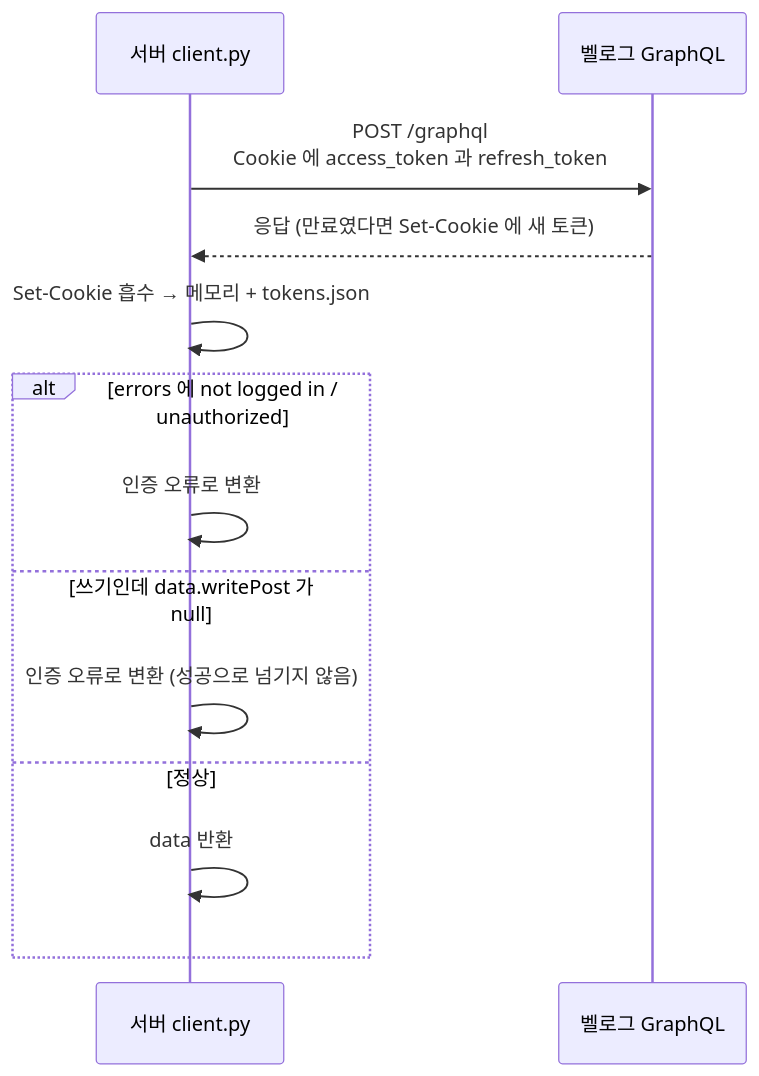
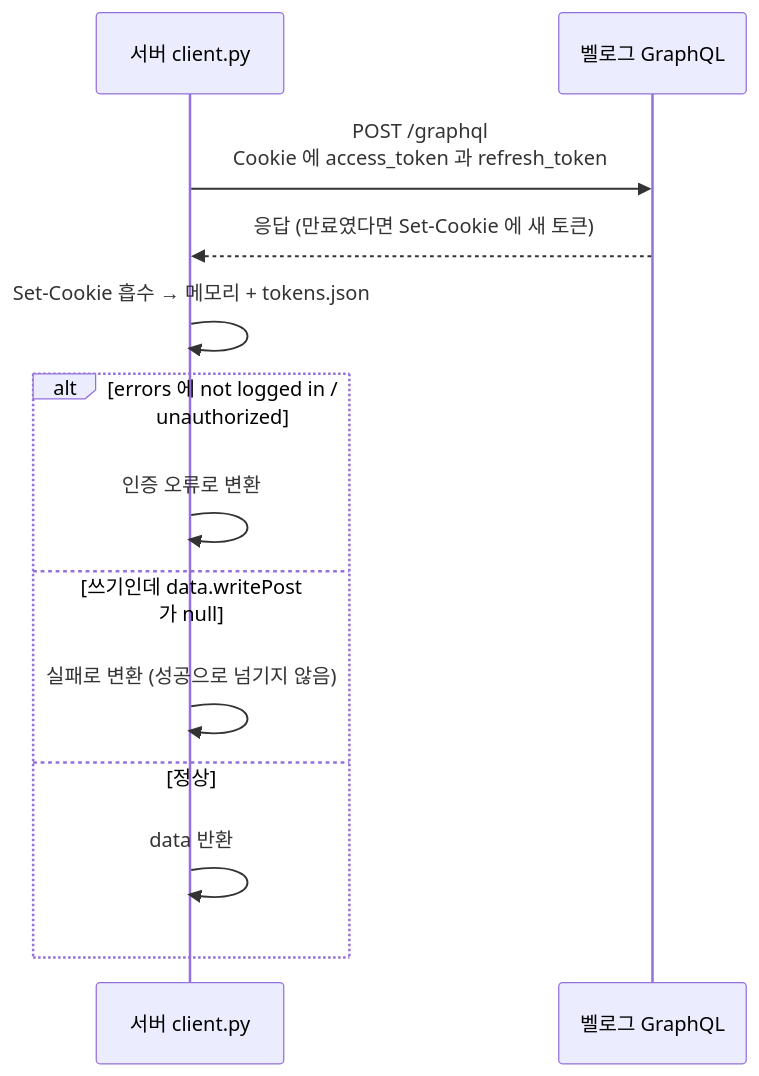
One commit to mrpumpkin98/velog-mcp changed the fourth of 6 diagrams in docs/how-it-works.md. Above: the diagram before and after it, drawn with Mermaid. The commit also changed other lines of this file and 1 other file, not shown here.

````diff
--- a/docs/how-it-works.md
+++ b/docs/how-it-works.md
@@ -83,17 +83,17 @@
 ```mermaid
 sequenceDiagram
     participant S as 서버 client.py
     participant V as 벨로그 GraphQL
 
     S->>V: POST /graphql<br/>Cookie 에 access_token 과 refresh_token
     V-->>S: 응답 (만료였다면 Set-Cookie 에 새 토큰)
     S->>S: Set-Cookie 흡수 → 메모리 + tokens.json
 
     alt errors 에 not logged in / unauthorized
         S->>S: 인증 오류로 변환
     else 쓰기인데 data.writePost 가 null
-        S->>S: 인증 오류로 변환 (성공으로 넘기지 않음)
+        S->>S: 실패로 변환 (성공으로 넘기지 않음)
     else 정상
         S->>S: data 반환
     end
 ```
````
